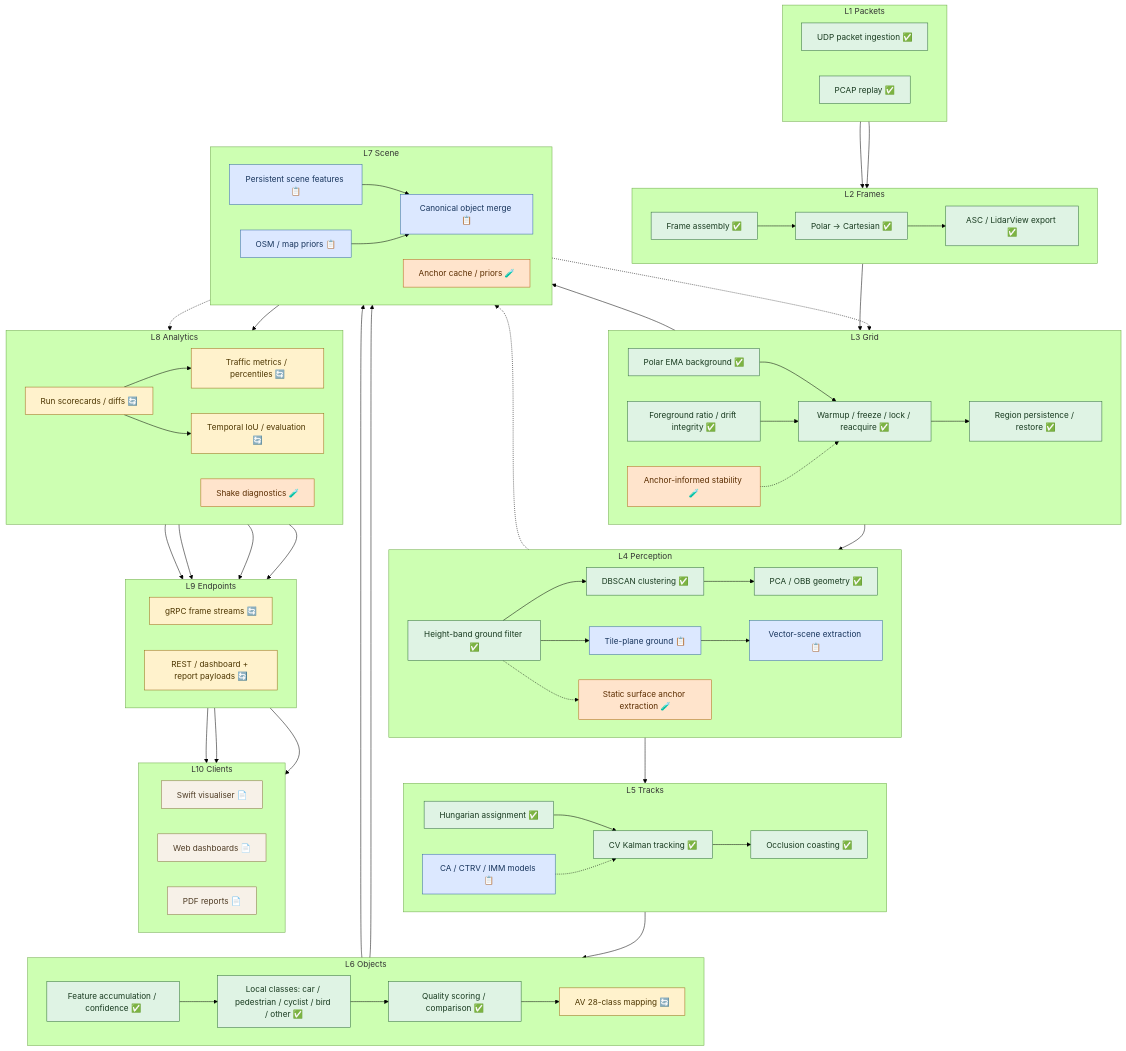
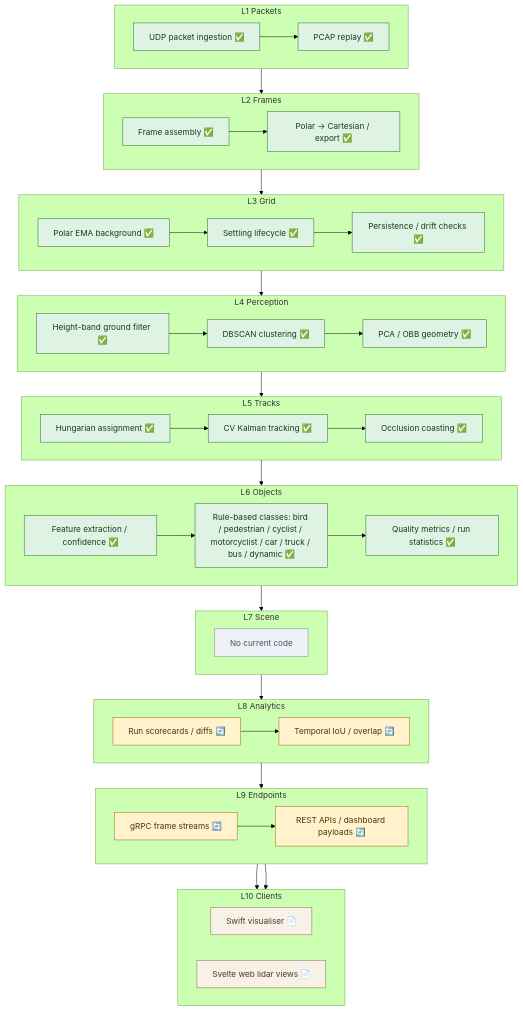
One commit to banshee-data/velocity.report changed the diagram in docs/lidar/architecture/lidar-data-layer-model.md. Above: the diagram before and after it, drawn with Mermaid (forest theme). The commit also changed other lines of this file, not shown here.

Commit message:
Improve lidar layer diagrams

````diff
--- a/docs/lidar/architecture/lidar-data-layer-model.md
+++ b/docs/lidar/architecture/lidar-data-layer-model.md
@@ -45,9 +44,8 @@
 flowchart TD
     classDef implemented fill:#dff3e4,stroke:#2f6b3b,color:#183a1f;
     classDef partial fill:#fff2cc,stroke:#9a6b16,color:#4d3600;
-    classDef planned fill:#dce8ff,stroke:#3567a8,color:#17345c;
-    classDef proposal fill:#ffe4cc,stroke:#b8631b,color:#5b2d00;
     classDef client fill:#f7f1e8,stroke:#8b6f47,color:#4e3b24;
+    classDef gap fill:#eef2f7,stroke:#7b8794,color:#425466;
 
     subgraph L1["L1 Packets"]
         direction LR
@@ -58,17 +56,14 @@
     subgraph L2["L2 Frames"]
         direction LR
         A21["Frame assembly ✅"]
-        A22["Polar → Cartesian ✅"]
-        A23["ASC / LidarView export ✅"]
+        A22["Polar → Cartesian / export ✅"]
     end
 
     subgraph L3["L3 Grid"]
         direction LR
         A31["Polar EMA background ✅"]
-        A32["Warmup / freeze / lock / reacquire ✅"]
-        A33["Region persistence / restore ✅"]
-        A34["Foreground ratio / drift integrity ✅"]
-        A35["Anchor-informed stability 🧪"]
+        A32["Settling lifecycle ✅"]
+        A33["Persistence / drift checks ✅"]
     end
 
     subgraph L4["L4 Perception"]
@@ -76,109 +71,50 @@
         A41["Height-band ground filter ✅"]
         A42["DBSCAN clustering ✅"]
         A43["PCA / OBB geometry ✅"]
-        A44["Tile-plane ground 📋"]
-        A45["Vector-scene extraction 📋"]
-        A46["Static surface anchor extraction 🧪"]
     end
 
     subgraph L5["L5 Tracks"]
         direction LR
-        A51["CV Kalman tracking ✅"]
-        A52["Hungarian assignment ✅"]
+        A51["Hungarian assignment ✅"]
+        A52["CV Kalman tracking ✅"]
         A53["Occlusion coasting ✅"]
-        A54["CA / CTRV / IMM models 📋"]
     end
 
     subgraph L6["L6 Objects"]
         direction LR
-        A61["Feature accumulation / confidence ✅"]
-        A62["Local classes: car / pedestrian / cyclist / bird / other ✅"]
-        A63["Quality scoring / comparison ✅"]
-        A64["AV 28-class mapping 🔄"]
+        A61["Feature extraction / confidence ✅"]
+        A62["Rule-based classes: bird / pedestrian / cyclist / motorcyclist / car / truck / bus / dynamic ✅"]
+        A63["Quality metrics / run statistics ✅"]
     end
 
     subgraph L7["L7 Scene"]
         direction LR
-        A71["Persistent scene features 📋"]
-        A72["Canonical object merge 📋"]
-        A73["OSM / map priors 📋"]
-        A74["Anchor cache / priors 🧪"]
+        A71["No current code"]
     end
 
     subgraph L8["L8 Analytics"]
         direction LR
         A81["Run scorecards / diffs 🔄"]
-        A82["Traffic metrics / percentiles 🔄"]
-        A83["Shake diagnostics 🧪"]
-        A84["Temporal IoU / evaluation 🔄"]
+        A82["Temporal IoU / overlap 🔄"]
     end
 
     subgraph L9["L9 Endpoints"]
         direction LR
         A91["gRPC frame streams 🔄"]
-        A92["REST / dashboard + report payloads 🔄"]
+        A92["REST APIs / dashboard payloads 🔄"]
     end
 
     subgraph L10["L10 Clients"]
         direction LR
         A101["Swift visualiser 📄"]
-        A102["Web dashboards 📄"]
-        A103["PDF reports 📄"]
+        A102["Svelte web lidar views 📄"]
     end
 
-    A11 --> A21
-    A12 --> A21
+    A11 --> A12 --> A21 --> A22 --> A31 --> A32 --> A33 --> A41 --> A42 --> A43 --> A51 --> A52 --> A53 --> A61 --> A62 --> A63 --> A71 --> A81 --> A82 --> A91 --> A92 --> A101
+    A92 --> A102
 
-    A21 --> A22
-    A22 --> A23
-    A21 --> A31
-
-    A31 --> A32
-    A32 --> A33
-    A34 --> A32
-    A35 -.-> A32
-    A31 --> A41
-
-    A41 --> A44
-    A42 --> A43
-    A41 --> A42
-    A43 --> A52
-    A44 --> A45
-    A41 -.-> A46
-
-    A52 --> A51
-    A51 --> A53
-    A54 -.-> A51
-    A53 --> A61
-
-    A61 --> A62
-    A62 --> A63
-    A63 --> A64
-    A63 --> A71
-
-    A64 --> A72
-    A33 --> A71
-    A71 --> A72
-    A73 --> A72
-    A46 -.-> A74
-    A74 -.-> A35
-
-    A72 --> A81
-    A81 --> A91
-    A81 --> A82
-    A81 --> A84
-    A74 -.-> A83
-    A82 --> A92
-    A83 --> A92
-    A84 --> A92
-
-    A91 --> A101
-    A92 --> A102
-    A92 --> A103
-
-    class A11,A12,A21,A22,A23,A31,A32,A33,A34,A41,A42,A43,A51,A52,A53,A61,A62,A63 implemented;
-    class A64,A81,A82,A84,A91,A92 partial;
-    class A44,A45,A54,A71,A72,A73 planned;
-    class A35,A46,A74,A83 proposal;
-    class A101,A102,A103 client;
+    class A11,A12,A21,A22,A31,A32,A33,A41,A42,A43,A51,A52,A53,A61,A62,A63 implemented;
+    class A81,A82,A91,A92 partial;
+    class A71 gap;
+    class A101,A102 client;
 ```
````
